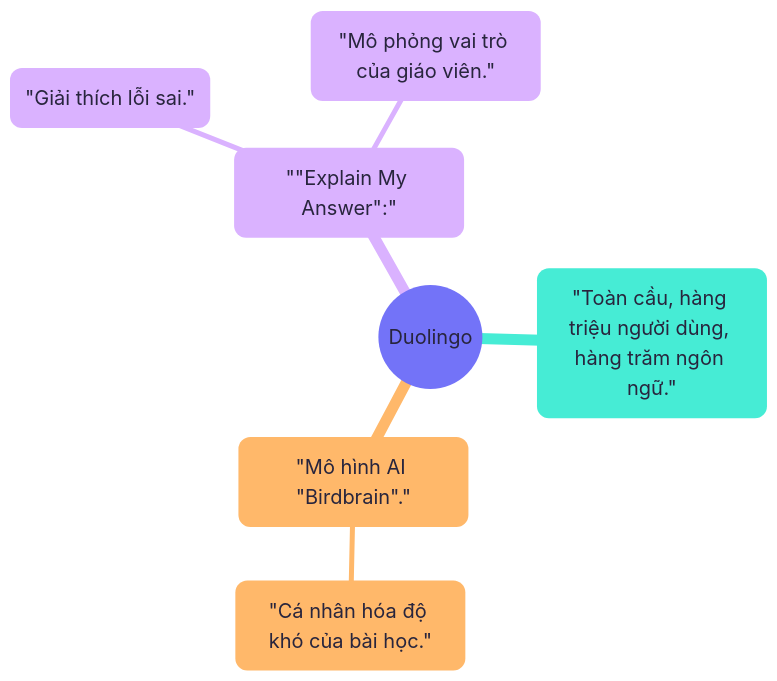
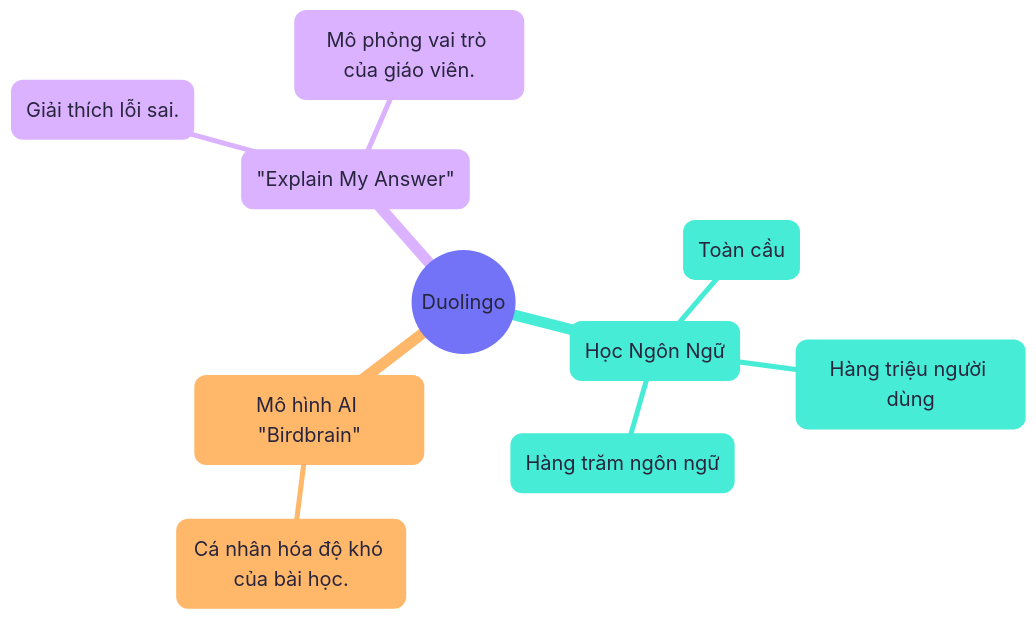
Before and after one commit to sam-uit/typst-report-template: the diagram in content/diagrams/chapter02-duolingo.mmd, drawn with Mermaid.

```diff
--- a/content/diagrams/chapter02-duolingo.mmd
+++ b/content/diagrams/chapter02-duolingo.mmd
@@ -1,15 +1,18 @@
 ---
 config:
   theme: redux-color
   themeVariables:
     fontFamily: Google Sans
     fontSize: 20px
 ---
 mindmap
   root(("Duolingo"))
-    "Toàn cầu, hàng triệu người dùng, hàng trăm ngôn ngữ."
-    "Mô hình AI #quot;Birdbrain#quot;."
-        "Cá nhân hóa độ khó của bài học."
-    "#quot;Explain My Answer#quot;:"
-        "Giải thích lỗi sai."
-        "Mô phỏng vai trò của giáo viên."
+    ("Học Ngôn Ngữ")
+      Toàn cầu
+      Hàng triệu người dùng
+      Hàng trăm ngôn ngữ
+    ("Mô hình AI #quot;Birdbrain#quot;")
+      Cá nhân hóa độ khó của bài học.
+    ("#quot;Explain My Answer#quot;")
+      Giải thích lỗi sai.
+      Mô phỏng vai trò của giáo viên.
```
